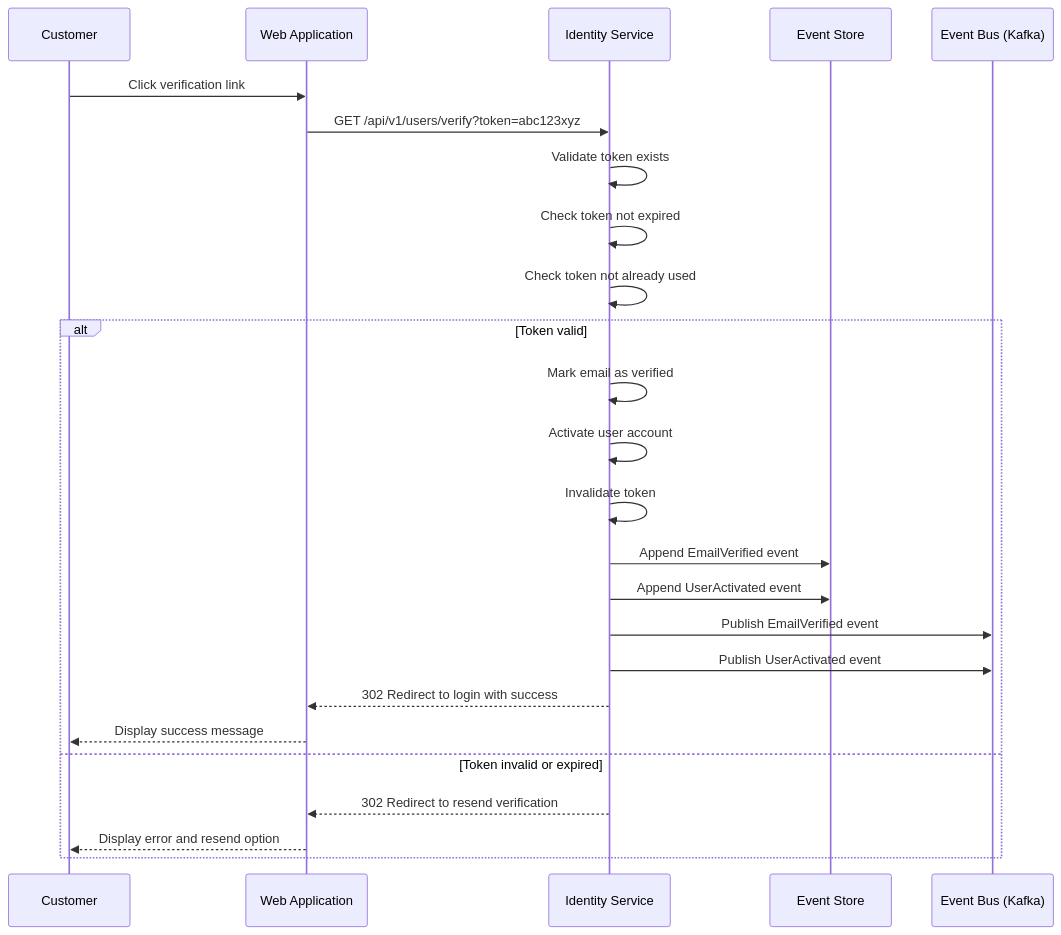
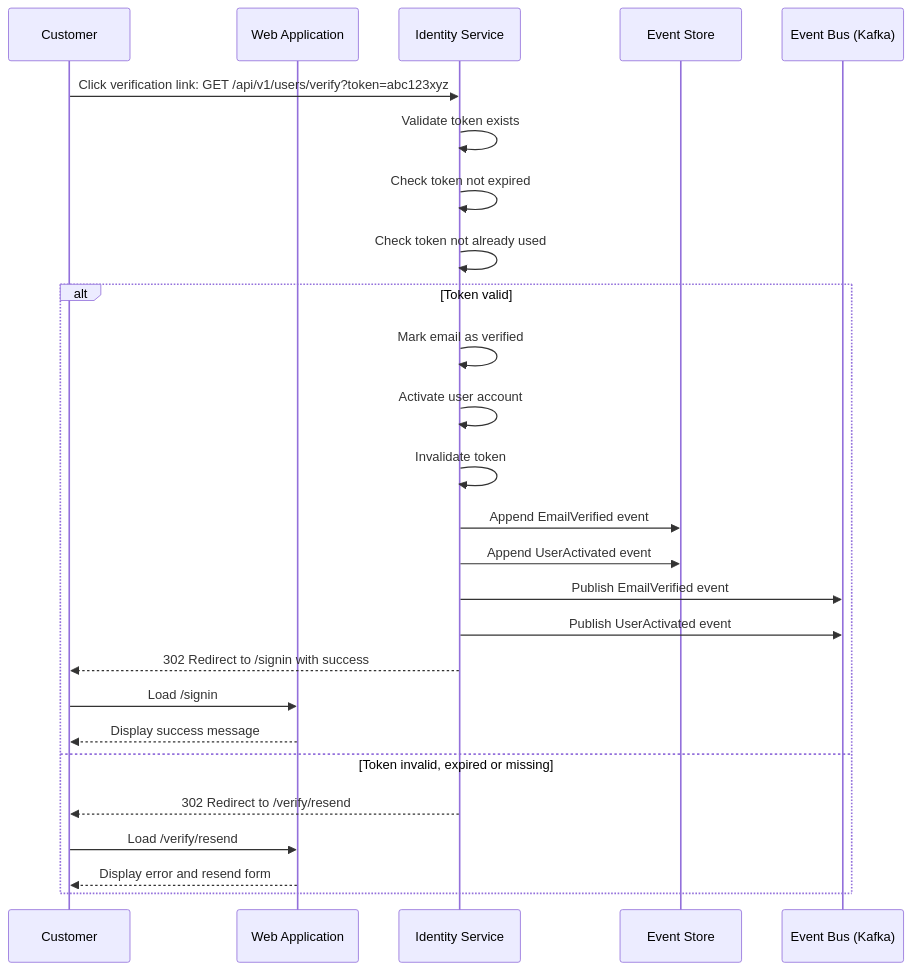
One commit to cebartling/acme-inc-2026 changed the first of 2 diagrams in documentation/user-stories/0002-create-customer-profile/US-0002-05-email-verification-processing.md. Above: the diagram before and after it, drawn with Mermaid. The commit also changed other lines of this file and 17 other files, not shown here.

First line of the commit message:
feat: request a new verification link by email (PIN-346) (#158)

````diff
--- a/documentation/user-stories/0002-create-customer-profile/US-0002-05-email-verification-processing.md
+++ b/documentation/user-stories/0002-create-customer-profile/US-0002-05-email-verification-processing.md
@@ -27,30 +27,31 @@
 ```mermaid
 sequenceDiagram
     participant CU as Customer
     participant WA as Web Application
     participant IM as Identity Service
     participant ES as Event Store
     participant EB as Event Bus (Kafka)
 
-    CU->>WA: Click verification link
-    WA->>IM: GET /api/v1/users/verify?token=abc123xyz
+    CU->>IM: Click verification link: GET /api/v1/users/verify?token=abc123xyz
 
     IM->>IM: Validate token exists
     IM->>IM: Check token not expired
     IM->>IM: Check token not already used
 
     alt Token valid
         IM->>IM: Mark email as verified
         IM->>IM: Activate user account
         IM->>IM: Invalidate token
         IM->>ES: Append EmailVerified event
         IM->>ES: Append UserActivated event
         IM->>EB: Publish EmailVerified event
         IM->>EB: Publish UserActivated event
-        IM-->>WA: 302 Redirect to login with success
+        IM-->>CU: 302 Redirect to /signin with success
+        CU->>WA: Load /signin
         WA-->>CU: Display success message
-    else Token invalid or expired
-        IM-->>WA: 302 Redirect to resend verification
-        WA-->>CU: Display error and resend option
+    else Token invalid, expired or missing
+        IM-->>CU: 302 Redirect to /verify/resend
+        CU->>WA: Load /verify/resend
+        WA-->>CU: Display error and resend form
     end
 ```
````
